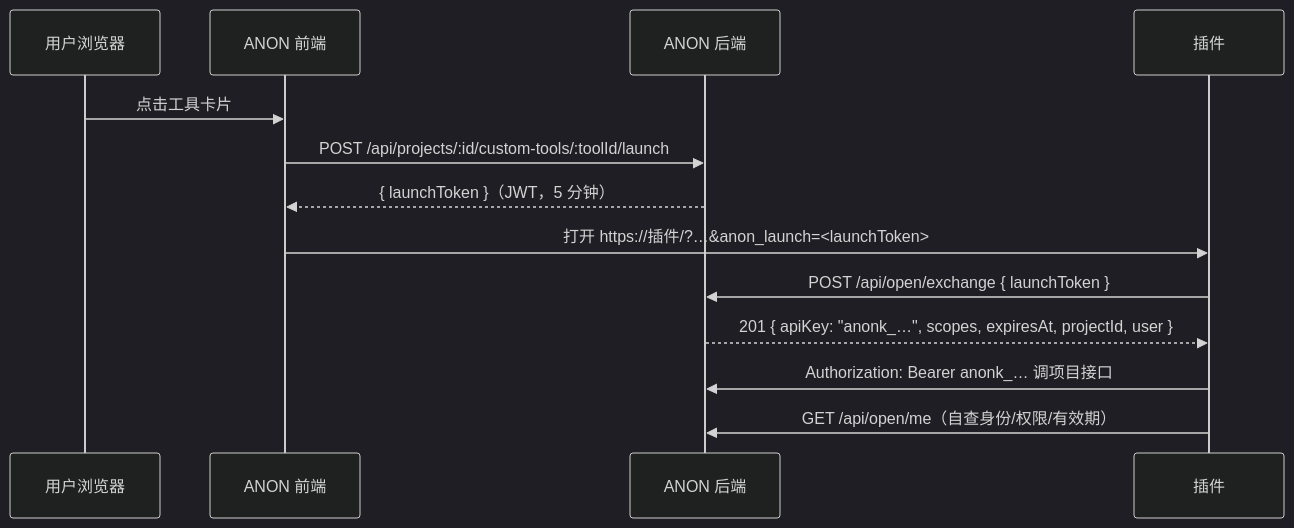
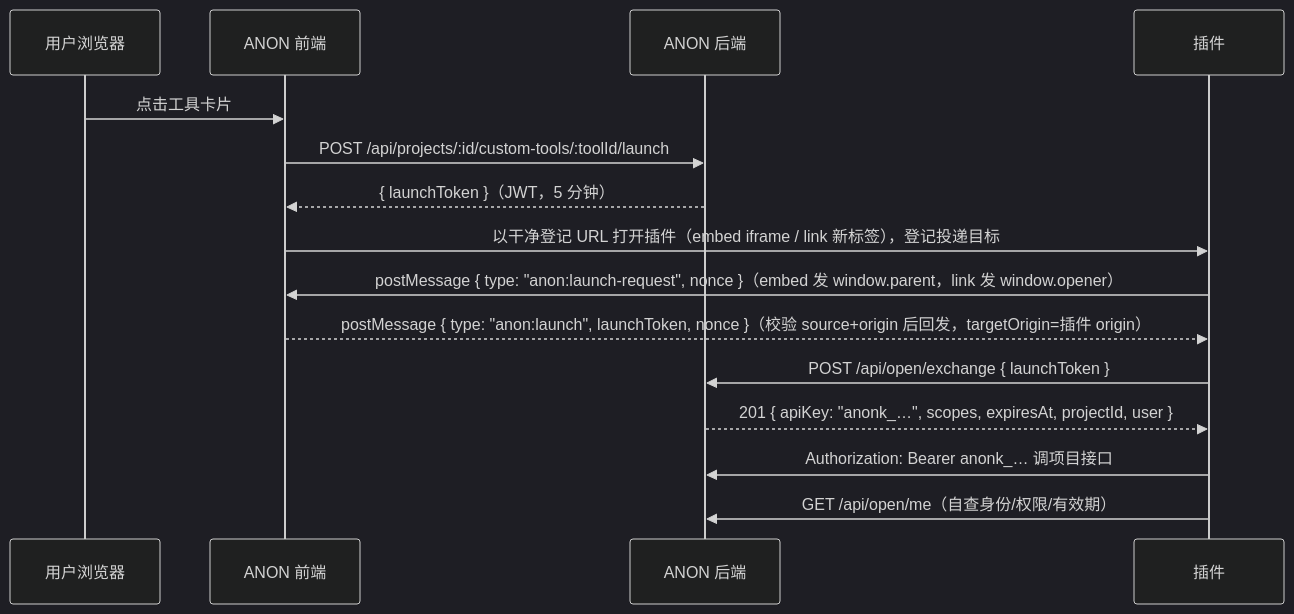
The diagram in docs/plugin-development.md (ShiratsuyuClassYuudachi/ANON), drawn with Mermaid (dark theme) before and after one commit. The commit also changed other lines of this file and 4 other files, not shown here.

````diff
--- a/docs/plugin-development.md
+++ b/docs/plugin-development.md
@@ -28,15 +28,17 @@
 ```mermaid
 sequenceDiagram
   participant U as 用户浏览器
   participant A as ANON 前端
   participant S as ANON 后端
   participant P as 插件
   U->>A: 点击工具卡片
   A->>S: POST /api/projects/:id/custom-tools/:toolId/launch
   S-->>A: { launchToken }（JWT，5 分钟）
-  A->>P: 打开 https://插件/?…&anon_launch=<launchToken>
+  A->>P: 以干净登记 URL 打开插件（embed iframe / link 新标签），登记投递目标
+  P->>A: postMessage { type: "anon:launch-request", nonce }（embed 发 window.parent，link 发 window.opener）
+  A-->>P: postMessage { type: "anon:launch", launchToken, nonce }（校验 source+origin 后回发，targetOrigin=插件 origin）
   P->>S: POST /api/open/exchange { launchToken }
   S-->>P: 201 { apiKey: "anonk_…", scopes, expiresAt, projectId, user }
   P->>S: Authorization: Bearer anonk_… 调项目接口
   P->>S: GET /api/open/me（自查身份/权限/有效期）
 ```
````
